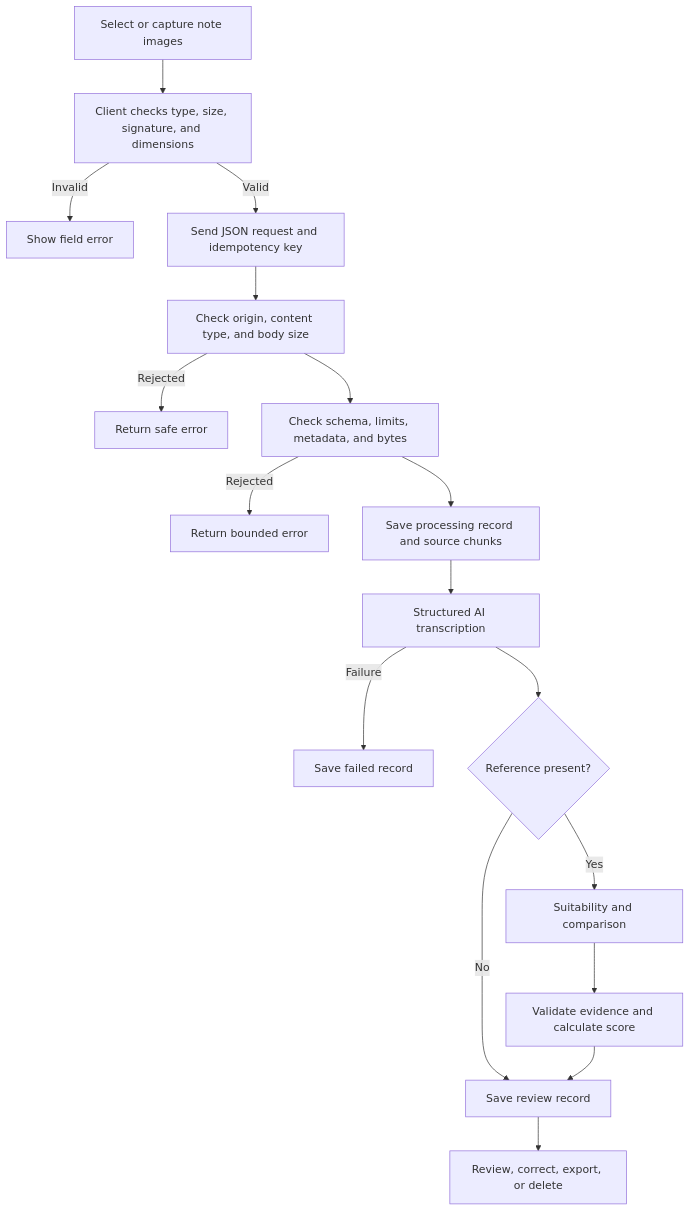
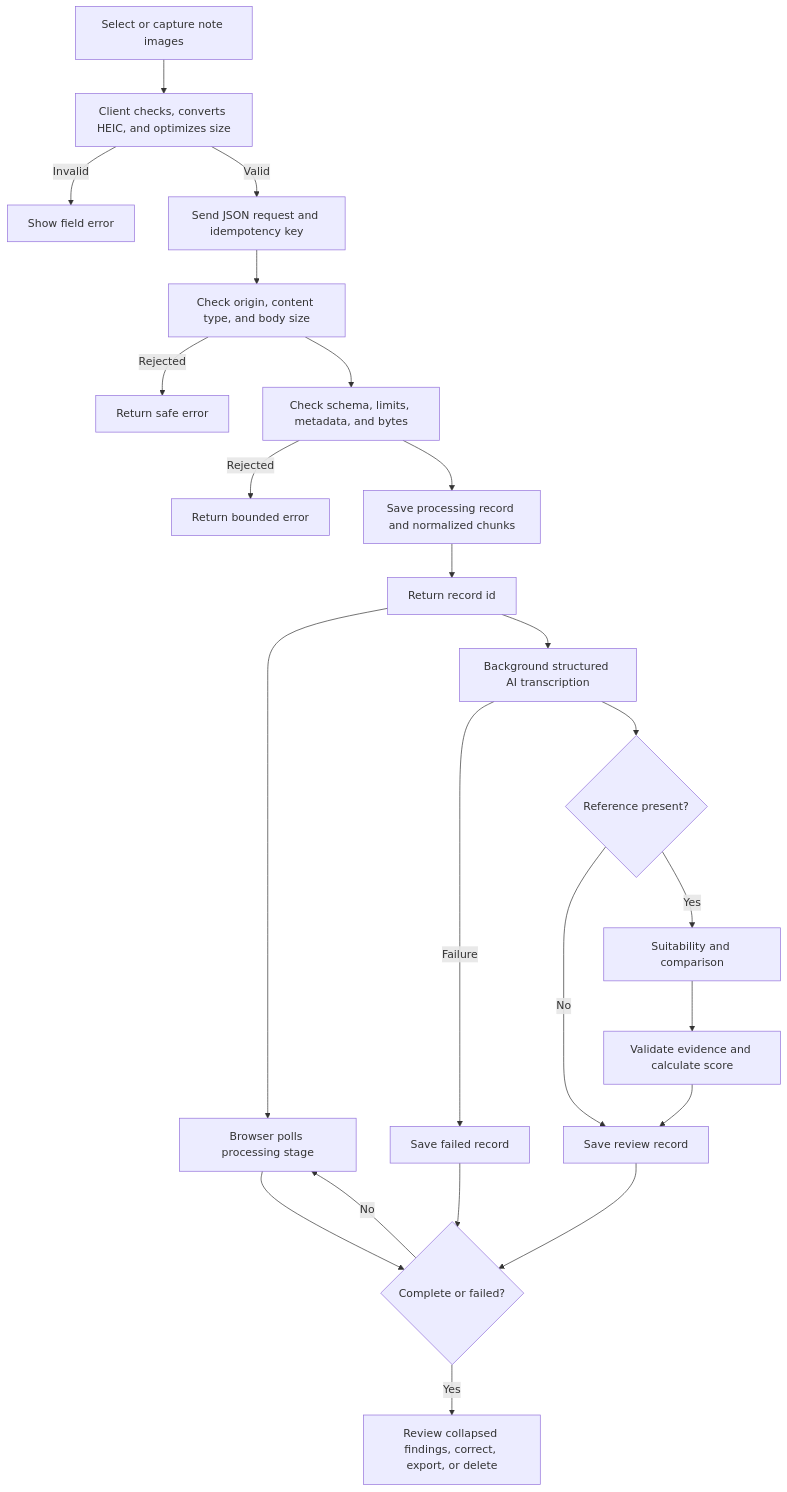
Before and after one commit to 592industries/hand: the diagram in diagrams/analysis-workflow.md, drawn with Mermaid. The commit also changed 23 other files, not shown here.

````diff
--- a/diagrams/analysis-workflow.md
+++ b/diagrams/analysis-workflow.md
@@ -3,19 +3,25 @@
 ```mermaid
 flowchart TD
-    Start["Select or capture note images"] --> ClientCheck["Client checks type, size, signature, and dimensions"]
+    Start["Select or capture note images"] --> ClientCheck["Client checks, converts HEIC, and optimizes size"]
     ClientCheck -->|"Invalid"| ClientError["Show field error"]
     ClientCheck -->|"Valid"| Request["Send JSON request and idempotency key"]
     Request --> WorkerCheck["Check origin, content type, and body size"]
     WorkerCheck -->|"Rejected"| HttpError["Return safe error"]
     WorkerCheck --> RoomCheck["Check schema, limits, metadata, and bytes"]
     RoomCheck -->|"Rejected"| DomainError["Return bounded error"]
-    RoomCheck --> Persist["Save processing record and source chunks"]
-    Persist --> Transcribe["Structured AI transcription"]
+    RoomCheck --> Persist["Save processing record and normalized chunks"]
+    Persist --> Return["Return record id"]
+    Return --> Poll["Browser polls processing stage"]
+    Poll --> Ready{"Complete or failed?"}
+    Ready -->|"No"| Poll
+    Return --> Transcribe["Background structured AI transcription"]
     Transcribe -->|"Failure"| Failed["Save failed record"]
     Transcribe --> Ref{"Reference present?"}
     Ref -->|"No"| Complete["Save review record"]
     Ref -->|"Yes"| Compare["Suitability and comparison"]
     Compare --> Evidence["Validate evidence and calculate score"]
     Evidence --> Complete
-    Complete --> Review["Review, correct, export, or delete"]
+    Complete --> Ready
+    Failed --> Ready
+    Ready -->|"Yes"| Review["Review collapsed findings, correct, export, or delete"]
 ```
````
